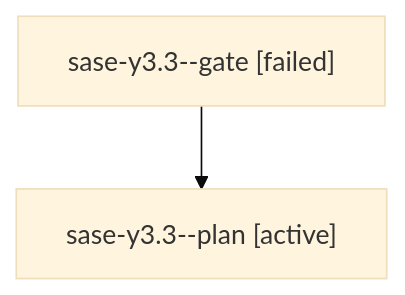
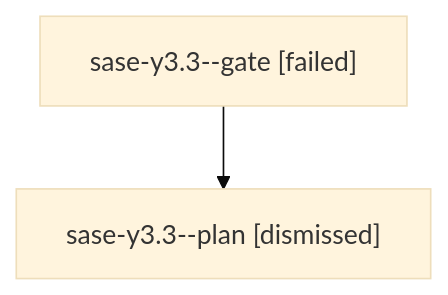
Before and after one commit to sase-org/sase--agents: the diagram in sessions/bbugyi200.athena.sase-y3.3.md, drawn with Mermaid (base theme). The commit also changed other lines of this file and 206 other files, not shown here.

````diff
--- a/sessions/bbugyi200.athena.sase-y3.3.md
+++ b/sessions/bbugyi200.athena.sase-y3.3.md
@@ -9,6 +9,6 @@
 ```mermaid
 flowchart TD
   n0["sase-y3.3--gate [failed]"]
-  n1["sase-y3.3--plan [active]"]
+  n1["sase-y3.3--plan [dismissed]"]
   n0 --> n1
 ```
````
